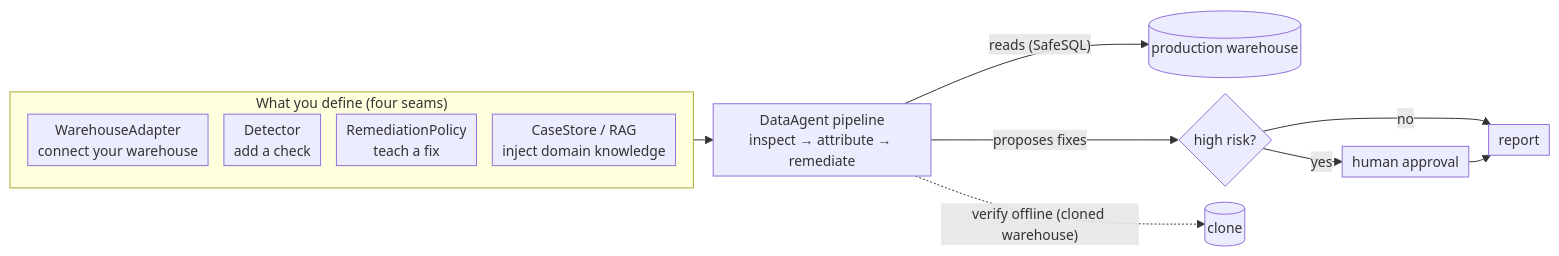
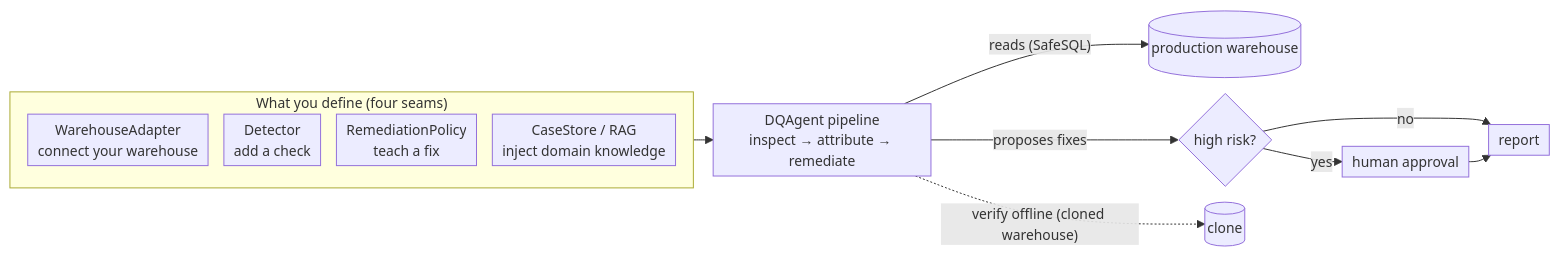
The diagram in website/docs/concepts/extension-points.md (wanghesong2019/dataquality-agent), drawn with Mermaid before and after one commit. The commit also changed other lines of this file and 58 other files, not shown here.

First line of the commit message:
docs: unify brand name DataAgent -> DQAgent

````diff
--- a/website/docs/concepts/extension-points.md
+++ b/website/docs/concepts/extension-points.md
@@ -11,20 +11,20 @@
 ```mermaid
 %%{init: {"themeVariables": {"fontSize": "14px"}, "flowchart": {"nodeSpacing": 16, "rankSpacing": 20, "padding": 5}}}%%
 flowchart LR
     subgraph You["What you define (four seams)"]
         direction TB
         WA["WarehouseAdapter<br/>connect your warehouse"]
         DT["Detector<br/>add a check"]
         RP["RemediationPolicy<br/>teach a fix"]
         CS["CaseStore / RAG<br/>inject domain knowledge"]
     end
 
-    You --> Core["DataAgent pipeline<br/>inspect → attribute → remediate"]
+    You --> Core["DQAgent pipeline<br/>inspect → attribute → remediate"]
 
     Core -- "reads (SafeSQL)" --> DW[("production warehouse")]
     Core -- "proposes fixes" --> Gate{"high risk?"}
     Gate -->|"yes"| Human["human approval"]
     Gate -->|"no"| Report["report"]
     Human --> Report
     Core -. "verify offline (cloned warehouse)" .-> Clone[("clone")]
 ```
````
